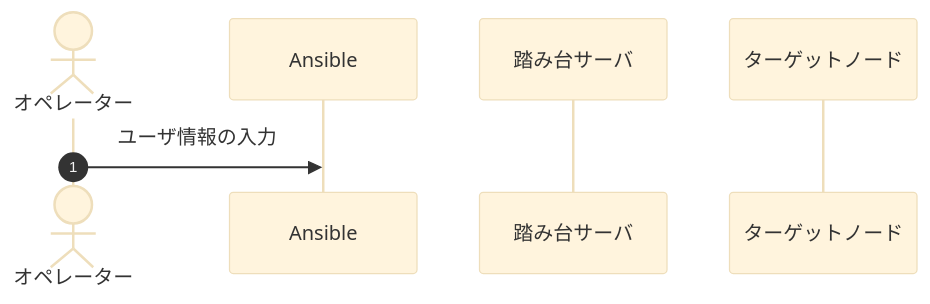
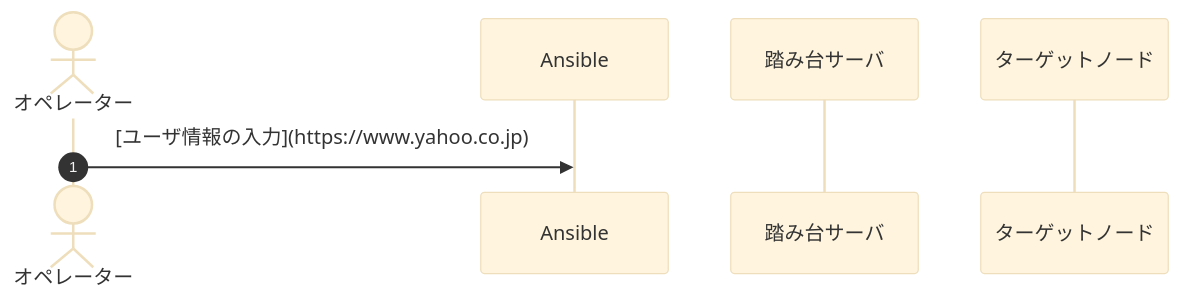
Before and after one commit to panda-git-hub/handbook: the diagram in hoge.md, drawn with Mermaid (base theme).

````diff
--- a/hoge.md
+++ b/hoge.md
@@ -6,10 +6,10 @@
 ```mermaid
 sequenceDiagram
   autonumber
   actor A as オペレーター
   participant B as Ansible
   participant C as 踏み台サーバ
   participant D as ターゲットノード
 
-  A->>B: ユーザ情報の入力
+  A->>B: [ユーザ情報の入力](https://www.yahoo.co.jp)
 ```
````
